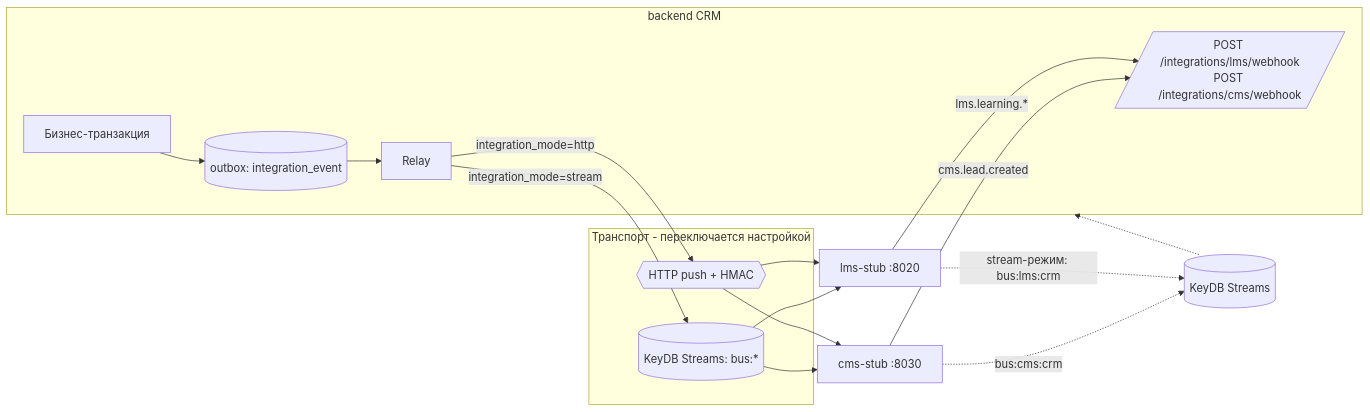
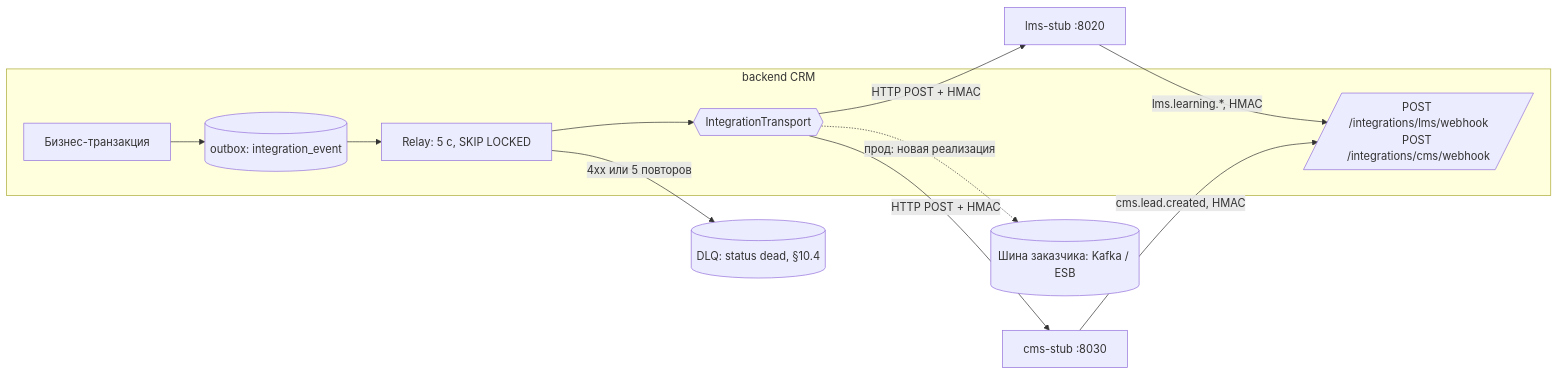
One commit to ilya2108/Collabse-LCT-Alma changed the fifth of 6 diagrams in docs/design/api-contract.md. Above: the diagram before and after it, drawn with Mermaid. The commit also changed other lines of this file and 26 other files, not shown here.

````diff
--- a/docs/design/api-contract.md
+++ b/docs/design/api-contract.md
@@ -1513,22 +2155,15 @@
 ```mermaid
 flowchart LR
     subgraph CRM[backend CRM]
       TX[Бизнес-транзакция] --> OB[(outbox: integration_event)]
-      OB --> RL[Relay]
+      OB --> RL["Relay: 5 с, SKIP LOCKED"]
+      RL --> TR{{"IntegrationTransport"}}
       WH[/POST /integrations/lms/webhook\nPOST /integrations/cms/webhook/]
     end
-    subgraph Transport[Транспорт - переключается настройкой]
-      HTTP{{"HTTP push + HMAC"}}
-      KS[("KeyDB Streams: bus:*")]
-    end
-    RL -->|integration_mode=http| HTTP
-    RL -->|integration_mode=stream| KS
-    HTTP --> LMS[lms-stub :8020]
-    HTTP --> CMS[cms-stub :8030]
-    KS --> LMS
-    KS --> CMS
-    LMS -->|lms.learning.*| WH
-    CMS -->|cms.lead.created| WH
-    LMS -.->|stream-режим: bus:lms:crm| KS2[("KeyDB Streams")] -.-> CRM
-    CMS -.->|bus:cms:crm| KS2
+    TR -->|HTTP POST + HMAC| LMS[lms-stub :8020]
+    TR -->|HTTP POST + HMAC| CMS[cms-stub :8030]
+    TR -.->|прод: новая реализация| BUS[("Шина заказчика: Kafka / ESB")]
+    RL -->|"4xx или 5 повторов"| DLQ[("DLQ: status dead, §10.4")]
+    LMS -->|lms.learning.*, HMAC| WH
+    CMS -->|cms.lead.created, HMAC| WH
 ```
````
